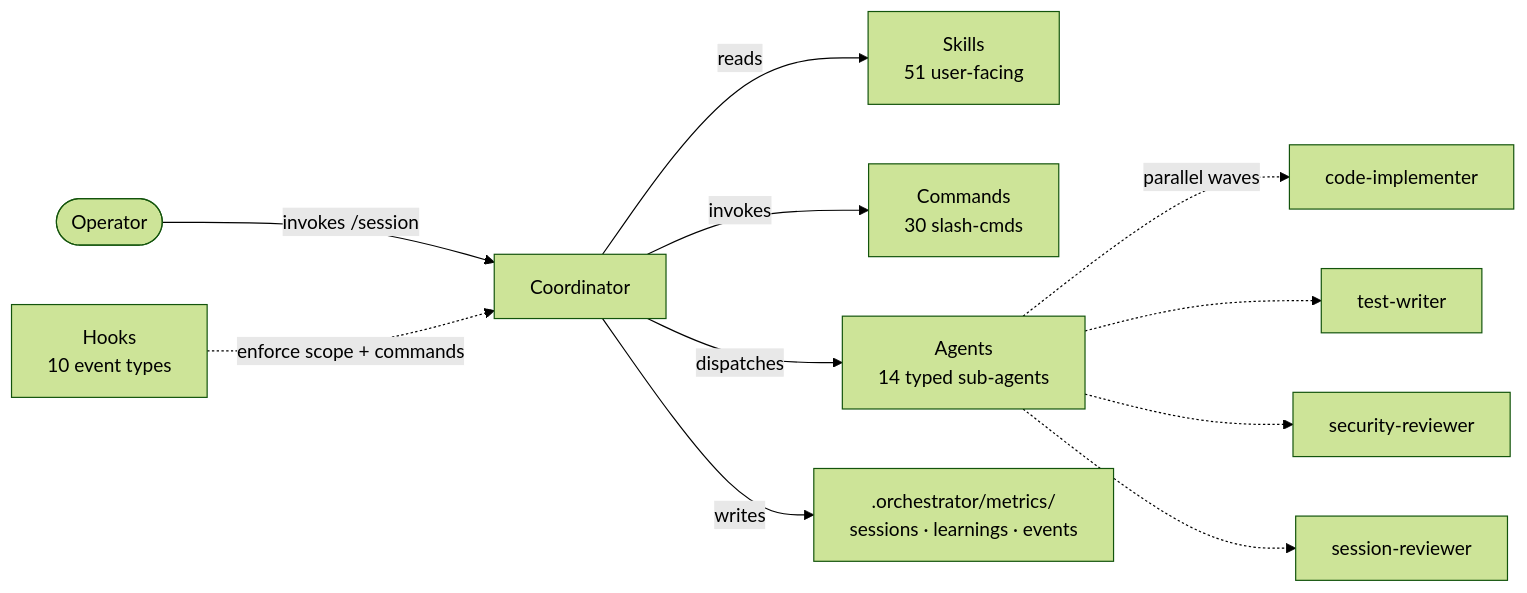
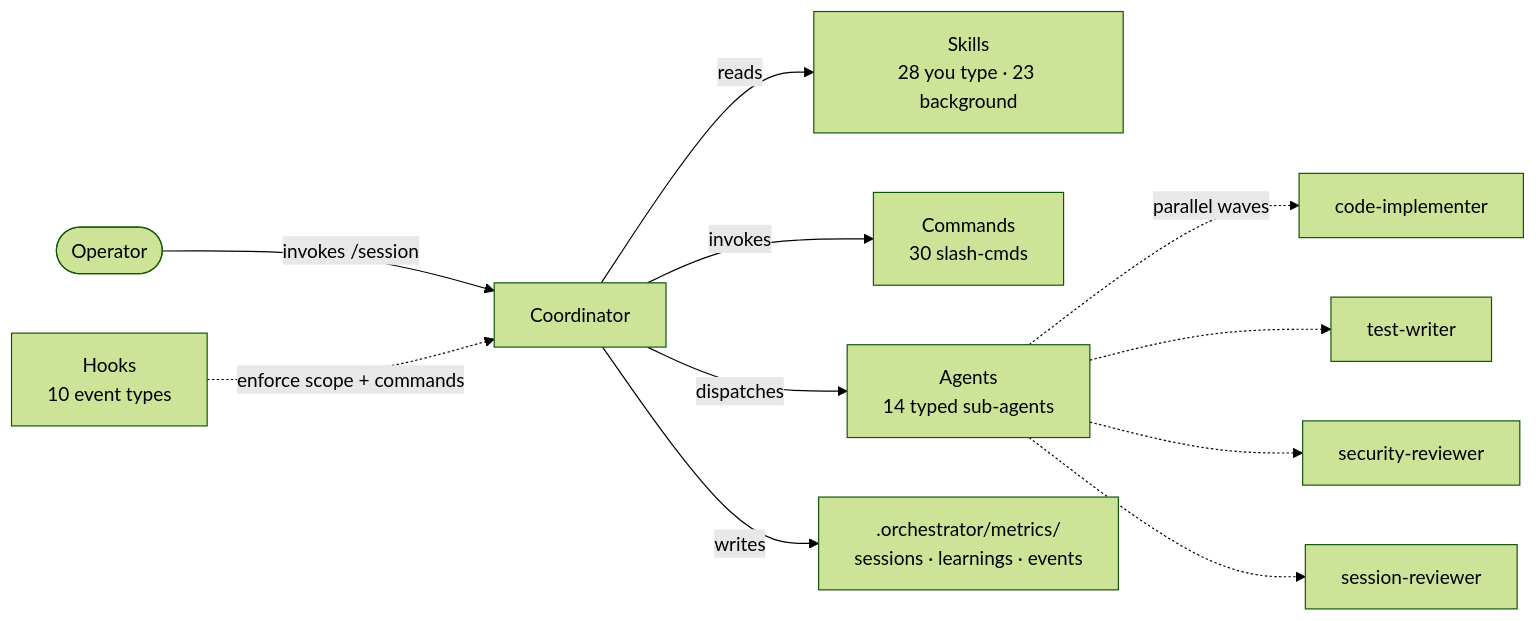
One commit to Kanevry/session-orchestrator changed the diagram in docs/components.md. Above: the diagram before and after it, drawn with Mermaid (forest theme). The commit also changed other lines of this file and 110 other files, not shown here.

````diff
--- a/docs/components.md
+++ b/docs/components.md
@@ -7,13 +7,13 @@
 ```mermaid
 flowchart LR
     USER([Operator]) -->|invokes /session| COORD[Coordinator]
-    COORD -->|reads| SK[Skills<br/>51 user-facing]
+    COORD -->|reads| SK["Skills<br/>28 you type · 23 background"]
     COORD -->|invokes| CMD[Commands<br/>30 slash-cmds]
     COORD -->|dispatches| AG[Agents<br/>14 typed sub-agents]
     AG -.->|parallel waves| W1[code-implementer]
     AG -.-> W2[test-writer]
     AG -.-> W3[security-reviewer]
     AG -.-> W4[session-reviewer]
     HOOK[Hooks<br/>10 event types] -.->|enforce scope + commands| COORD
     COORD -->|writes| METRIC[.orchestrator/metrics/<br/>sessions · learnings · events]
 ```
````
